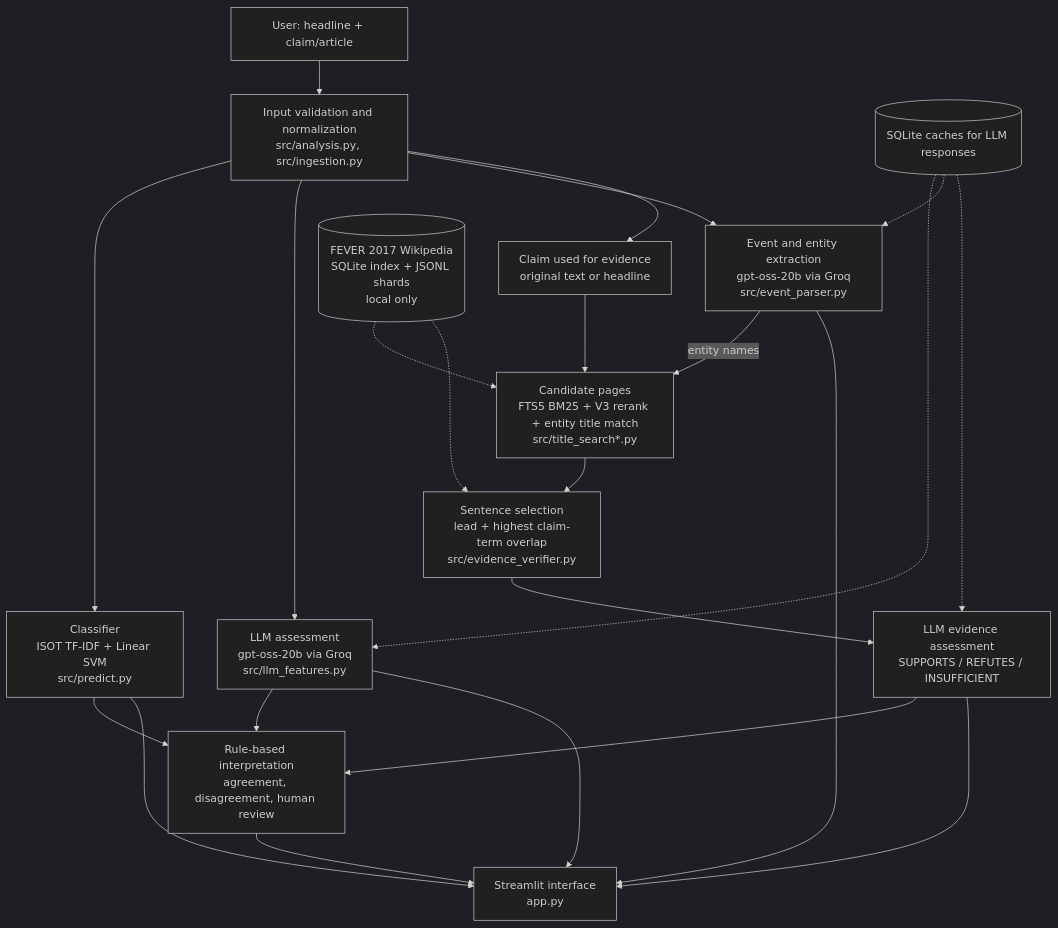
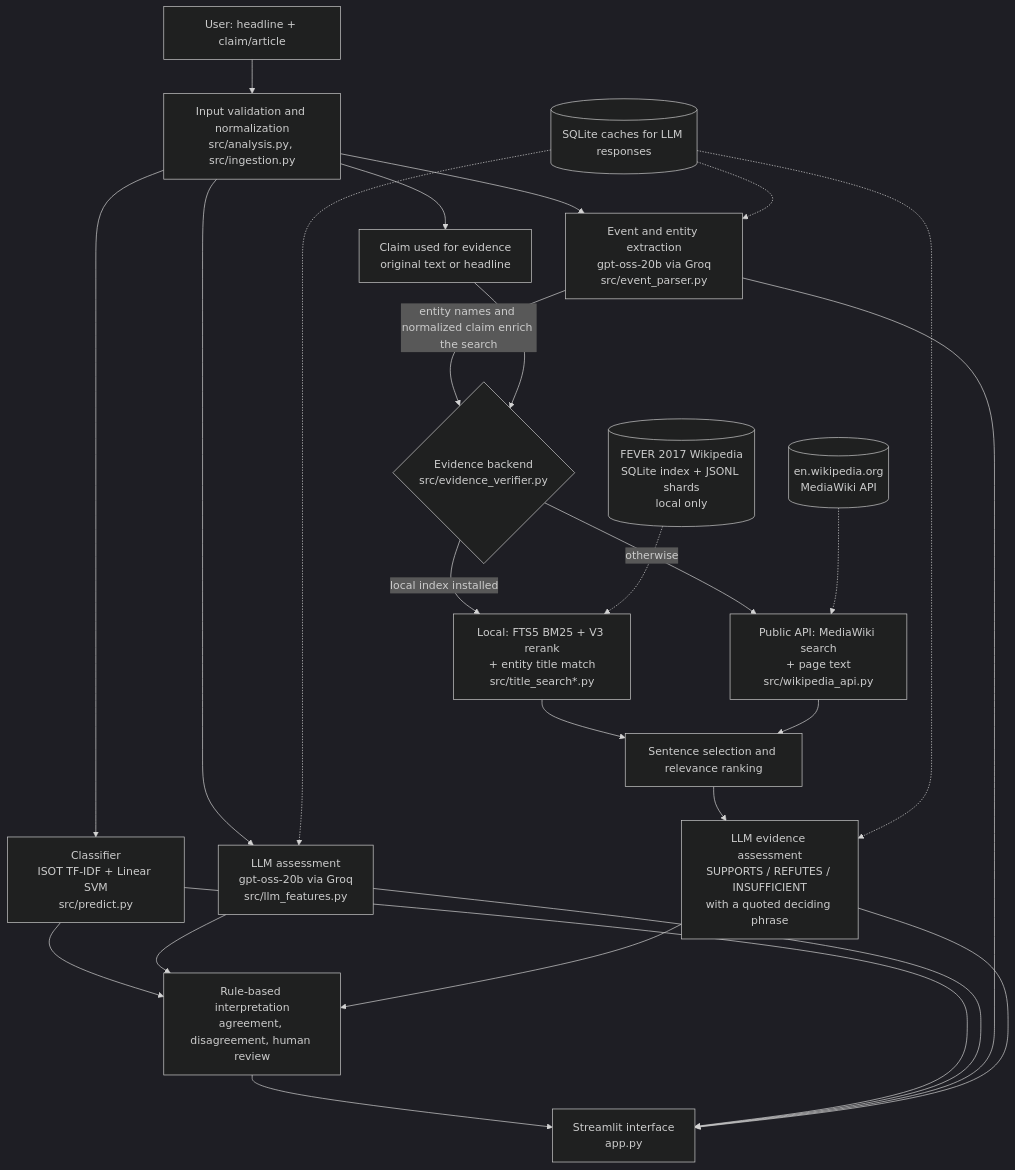
Before and after one commit to BixbyCodes/fakenewd: the diagram in README.md, drawn with Mermaid (dark theme). The commit also changed other lines of this file and 8 other files, not shown here.

First line of the commit message:
Add public Wikipedia API evidence retrieval for the deployed app

````diff
--- a/README.md
+++ b/README.md
@@ -68,25 +69,28 @@
 ```mermaid
 flowchart TD
     U[User: headline + claim/article] --> V[Input validation and normalization<br/>src/analysis.py, src/ingestion.py]
     V --> C[Classifier<br/>ISOT TF-IDF + Linear SVM<br/>src/predict.py]
     V --> L[LLM assessment<br/>gpt-oss-20b via Groq<br/>src/llm_features.py]
     V --> E[Event and entity extraction<br/>gpt-oss-20b via Groq<br/>src/event_parser.py]
     V --> Q[Claim used for evidence<br/>original text or headline]
-    E -- entity names --> R
-    Q --> R[Candidate pages<br/>FTS5 BM25 + V3 rerank + entity title match<br/>src/title_search*.py]
-    R --> S[Sentence selection<br/>lead + highest claim-term overlap<br/>src/evidence_verifier.py]
-    S --> A[LLM evidence assessment<br/>SUPPORTS / REFUTES / INSUFFICIENT]
-    W[(FEVER 2017 Wikipedia<br/>SQLite index + JSONL shards<br/>local only)] -.-> R
-    W -.-> S
+    E -- entity names and normalized claim enrich the search --> R
+    Q --> R{Evidence backend<br/>src/evidence_verifier.py}
+    R -- local index installed --> BL[Local: FTS5 BM25 + V3 rerank<br/>+ entity title match<br/>src/title_search*.py]
+    R -- otherwise --> BA[Public API: MediaWiki search<br/>+ page text<br/>src/wikipedia_api.py]
+    BL --> S[Sentence selection and relevance ranking]
+    BA --> S
+    S --> A[LLM evidence assessment<br/>SUPPORTS / REFUTES / INSUFFICIENT<br/>with a quoted deciding phrase]
+    W[(FEVER 2017 Wikipedia<br/>SQLite index + JSONL shards<br/>local only)] -.-> BL
+    WP[(en.wikipedia.org<br/>MediaWiki API)] -.-> BA
     C --> I[Rule-based interpretation<br/>agreement, disagreement, human review]
     L --> I
     A --> I
     I --> UI[Streamlit interface<br/>app.py]
     C --> UI
     L --> UI
     E --> UI
     A --> UI
     K[(SQLite caches for LLM responses)] -.-> L
     K -.-> E
     K -.-> A
 ```
````
